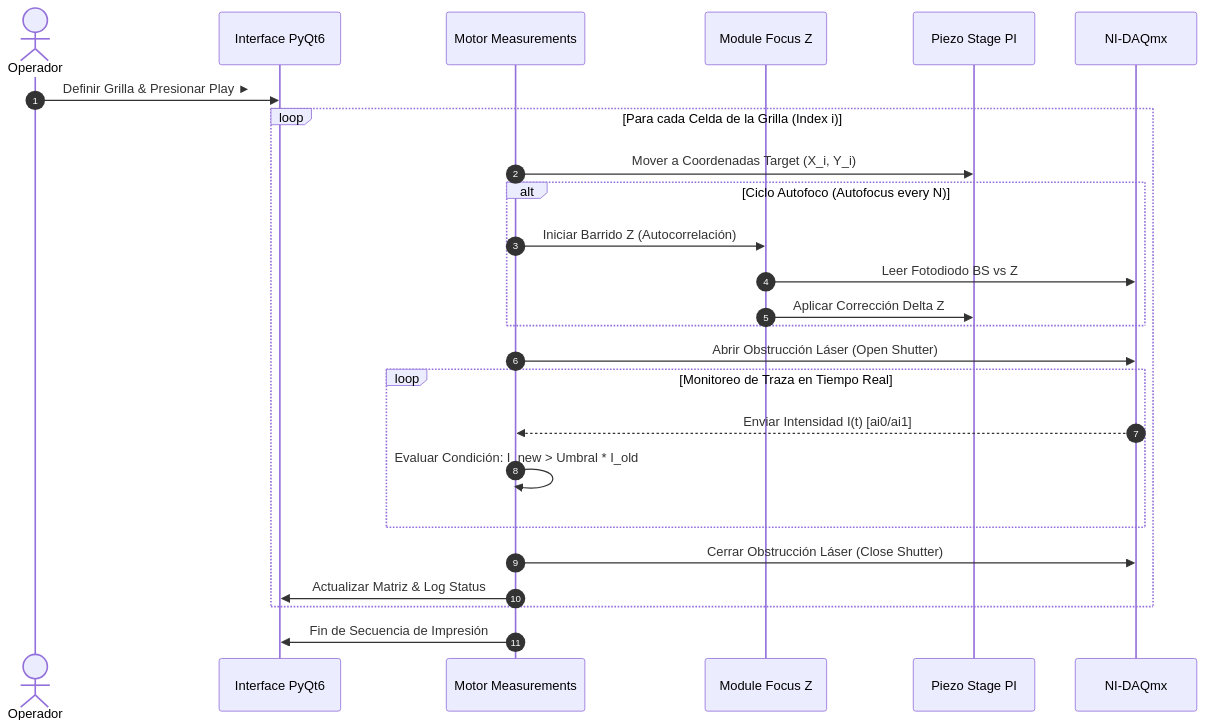
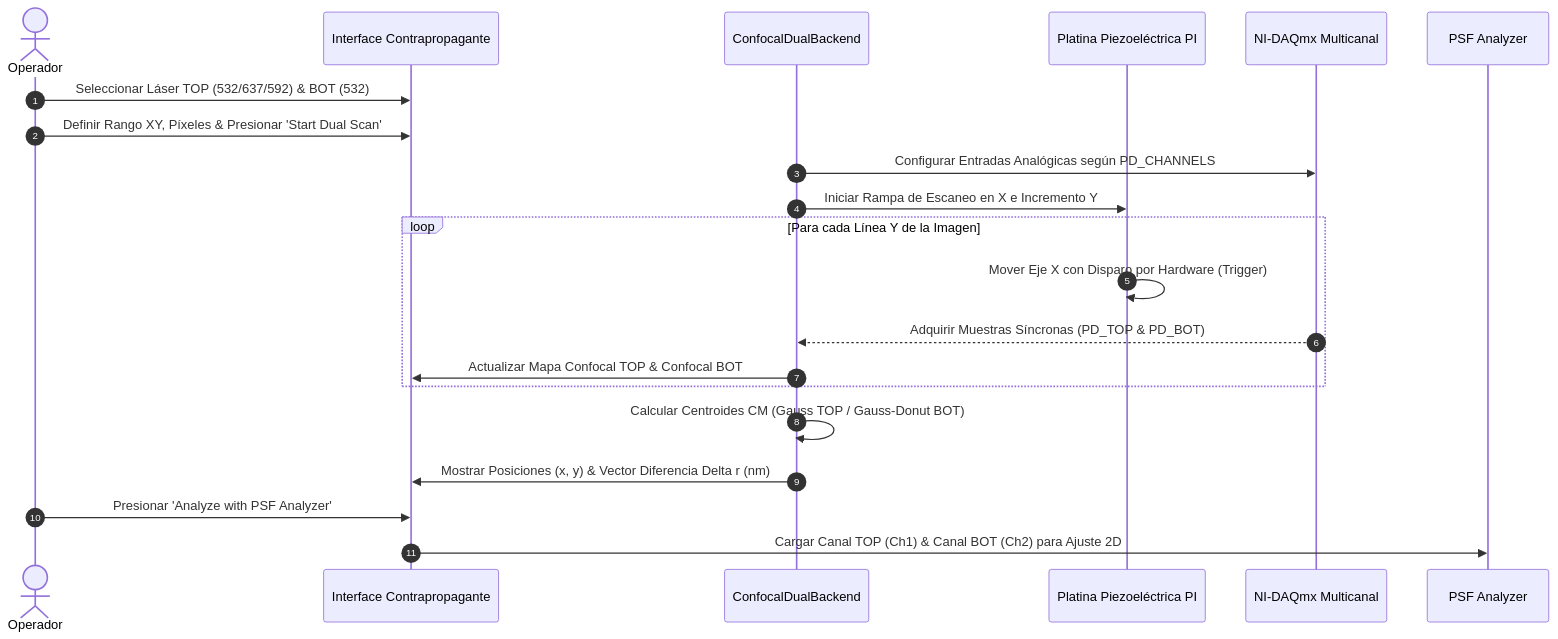
Before and after one commit to joselitog1999/pyprinting_3.0: the second of 2 diagrams in README.md, drawn with Mermaid. The commit also changed other lines of this file and 1 other file, not shown here.

Commit message:
Update README.md and MANUAL_USUARIO.md with Counterpropagating Microscope protocols, GUM metrological uncertainty model, dynamic photodiode mapping and hardware mutual exclusion

````diff
--- a/README.md
+++ b/README.md
@@ -145,28 +150,24 @@
 ```mermaid
 sequenceDiagram
     autonumber
     actor Op as Operador
-    participant GUI as Interface PyQt6
-    participant Meas as Motor Measurements
-    participant Focus as Module Focus Z
-    participant PI as Piezo Stage PI
-    participant DAQ as NI-DAQmx
+    participant GUI as Interface Contrapropagante
+    participant Backend as ConfocalDualBackend
+    participant PI as Platina Piezoeléctrica PI
+    participant DAQ as NI-DAQmx Multicanal
+    participant PSFWin as PSF Analyzer
 
-    Op->>GUI: Definir Grilla & Presionar Play ►
-    loop Para cada Celda de la Grilla (Index i)
-        Meas->>PI: Mover a Coordenadas Target (X_i, Y_i)
-        alt Ciclo Autofoco (Autofocus every N)
-            Meas->>Focus: Iniciar Barrido Z (Autocorrelación)
-            Focus->>DAQ: Leer Fotodiodo BS vs Z
-            Focus->>PI: Aplicar Corrección Delta Z
-        end
-        Meas->>DAQ: Abrir Obstrucción Láser (Open Shutter)
-        loop Monitoreo de Traza en Tiempo Real
-            DAQ-->>Meas: Enviar Intensidad I(t) [ai0/ai1]
-            Meas->>Meas: Evaluar Condición: I_new > Umbral * I_old
-        end
-        Meas->>DAQ: Cerrar Obstrucción Láser (Close Shutter)
-        Meas->>GUI: Actualizar Matriz & Log Status
+    Op->>GUI: Seleccionar Láser TOP (532/637/592) & BOT (532)
+    Op->>GUI: Definir Rango XY, Píxeles & Presionar 'Start Dual Scan'
+    Backend->>DAQ: Configurar Entradas Analógicas según PD_CHANNELS
+    Backend->>PI: Iniciar Rampa de Escaneo en X e Incremento Y
+    loop Para cada Línea Y de la Imagen
+        PI->>PI: Mover Eje X con Disparo por Hardware (Trigger)
+        DAQ-->>Backend: Adquirir Muestras Síncronas (PD_TOP & PD_BOT)
+        Backend->>GUI: Actualizar Mapa Confocal TOP & Confocal BOT
     end
-    Meas->>GUI: Fin de Secuencia de Impresión
+    Backend->>Backend: Calcular Centroides CM (Gauss TOP / Gauss-Donut BOT)
+    Backend->>GUI: Mostrar Posiciones (x, y) & Vector Diferencia Delta r (nm)
+    Op->>GUI: Presionar 'Analyze with PSF Analyzer'
+    GUI->>PSFWin: Cargar Canal TOP (Ch1) & Canal BOT (Ch2) para Ajuste 2D
 ```
````
